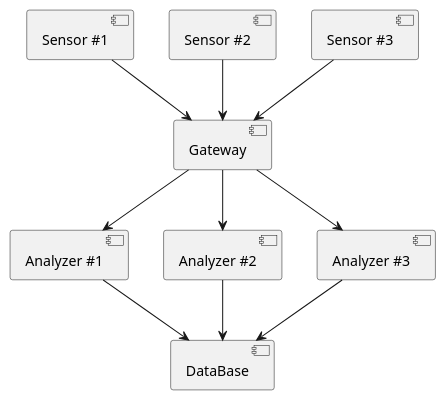
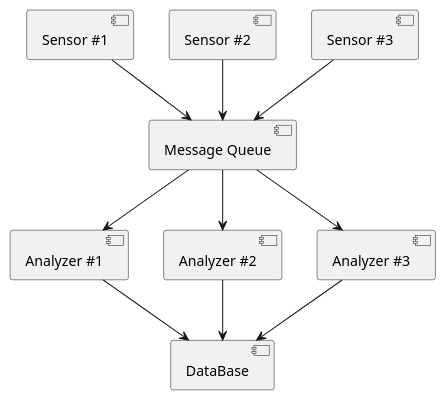
Before and after one commit to Marcel-MD/ptr-exam: the diagram in v1.puml, drawn with PlantUML. The commit also changed 2 other files, not shown here.

```diff
--- a/v1.puml
+++ b/v1.puml
@@ -1,18 +1,18 @@
 @startuml
 
-[Gateway] as G
+[Message Queue] as MQ
 [DataBase] as DB
 
-[Sensor #1] --> G
-[Sensor #2] --> G
-[Sensor #3] --> G
+[Sensor #1] --> MQ
+[Sensor #2] --> MQ
+[Sensor #3] --> MQ
 
-G --> [Analyzer #1]
-G --> [Analyzer #2]
-G --> [Analyzer #3]
+MQ --> [Analyzer #1]
+MQ --> [Analyzer #2]
+MQ --> [Analyzer #3]
 
 [Analyzer #1] --> DB
 [Analyzer #2] --> DB
 [Analyzer #3] --> DB
 
 @enduml
```
